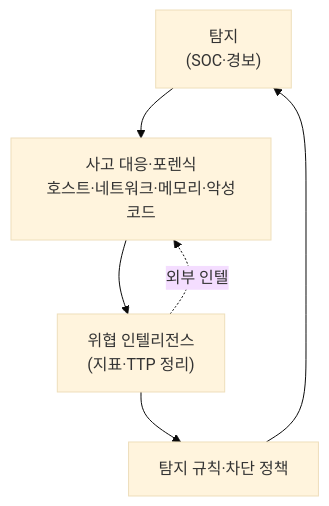
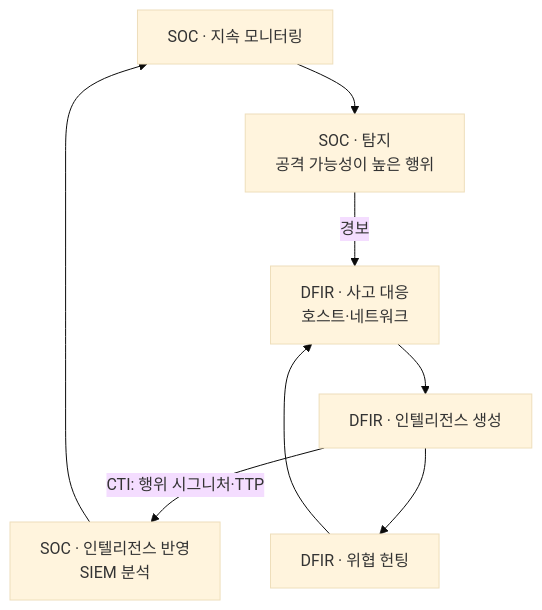
Before and after one commit to DFIDwiz-sketch/dfir-handbook: the fifth of 6 diagrams in docs-ko/training/network-forensics/part-1/why-network-forensics.md, drawn with Mermaid (base theme). The commit also changed other lines of this file and 3 other files, not shown here.

````diff
--- a/docs-ko/training/network-forensics/part-1/why-network-forensics.md
+++ b/docs-ko/training/network-forensics/part-1/why-network-forensics.md
@@ -198,8 +221,10 @@
 ```mermaid
 flowchart TD
-    D["탐지<br/>(SOC·경보)"] --> I["사고 대응·포렌식<br/>호스트·네트워크·메모리·악성코드"]
-    I --> T["위협 인텔리전스<br/>(지표·TTP 정리)"]
-    T --> S["탐지 규칙·차단 정책"]
-    S --> D
-    T -.외부 인텔.-> I
+    M["SOC · 지속 모니터링"] --> DET["SOC · 탐지<br/>공격 가능성이 높은 행위"]
+    DET -->|"경보"| IR["DFIR · 사고 대응<br/>호스트·네트워크"]
+    IR --> TG["DFIR · 인텔리전스 생성"]
+    TG -->|"CTI: 행위 시그니처·TTP"| SC["SOC · 인텔리전스 반영<br/>SIEM 분석"]
+    SC --> M
+    TG --> HU["DFIR · 위협 헌팅"]
+    HU --> IR
 ```
````
